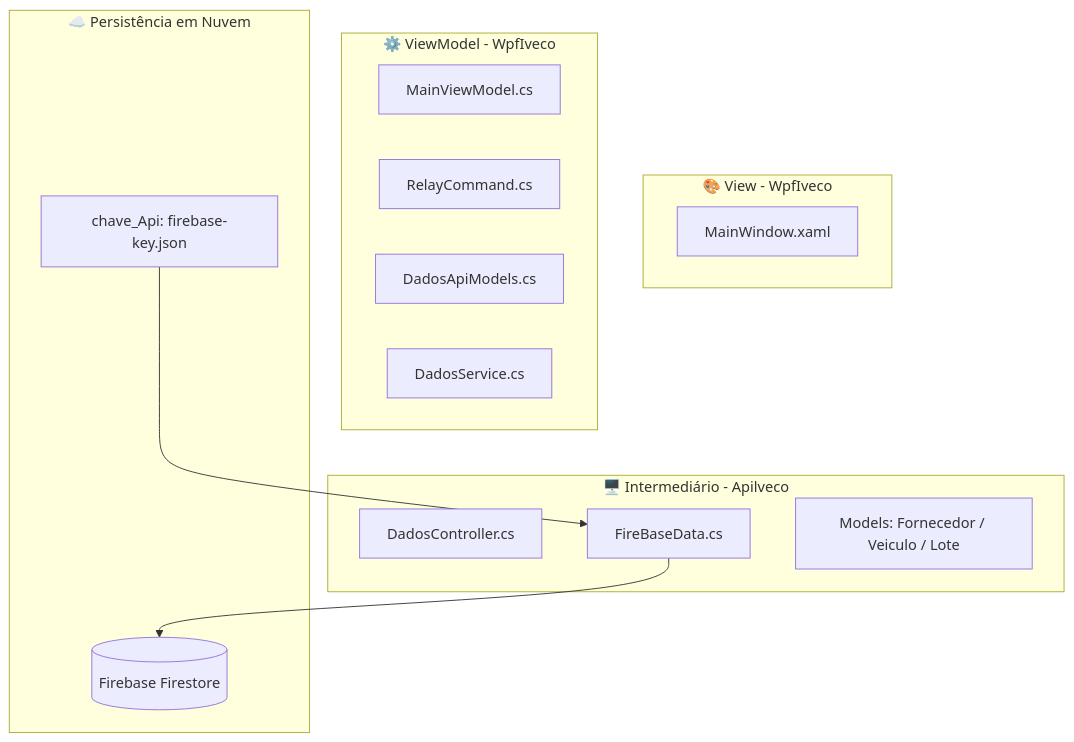
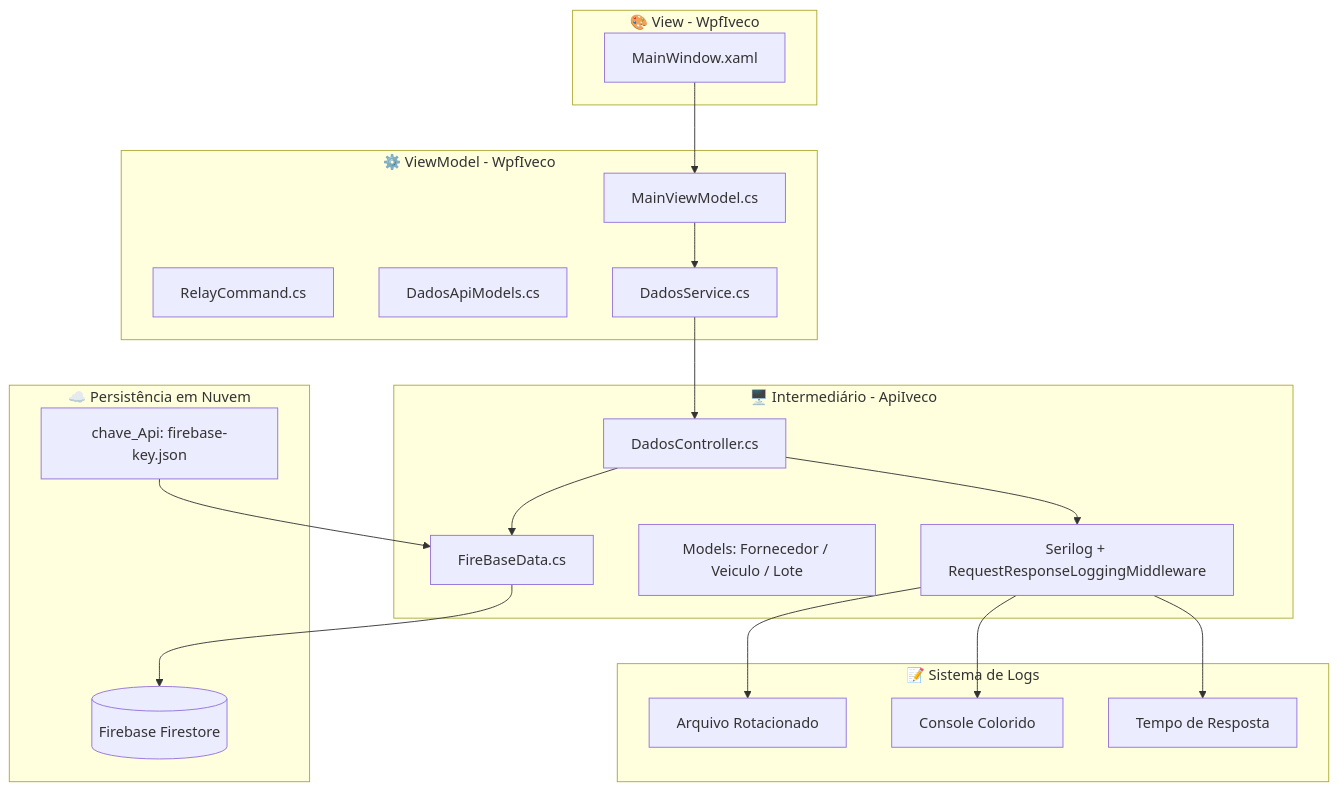
One commit to NicolasOlim/Ivec_Green_Ledger changed the first of 2 diagrams in README.md. Above: the diagram before and after it, drawn with Mermaid. The commit also changed other lines of this file, not shown here.

````diff
--- a/README.md
+++ b/README.md
@@ -94,25 +104,40 @@
 ```mermaid
 graph TD
     subgraph Camada_View [🎨 View - WpfIveco]
         MW[MainWindow.xaml]
     end
     
     subgraph Camada_ViewModel [⚙️ ViewModel - WpfIveco]
         MVM[MainViewModel.cs]
         RC[RelayCommand.cs]
         M_Wpf[DadosApiModels.cs]
         S_Wpf[DadosService.cs]
     end
     
-    subgraph Camada_BackEnd [🖥️ Intermediário - Apilveco]
+    subgraph Camada_BackEnd [🖥️ Intermediário - ApiIveco]
         CTRL[DadosController.cs]
         S_Api[FireBaseData.cs]
         Models[Models: Fornecedor / Veiculo / Lote]
+        LOGS[Serilog + RequestResponseLoggingMiddleware]
     end
 
     subgraph Camada_Data [☁️ Persistência em Nuvem]
         KEY[chave_Api: firebase-key.json] --> S_Api
         S_Api --> FS[(Firebase Firestore)]
     end
-
+    
+    subgraph Camada_Logs [📝 Sistema de Logs]
+        FILE[Arquivo Rotacionado]
+        CONSOLE[Console Colorido]
+        RESPONSE[Tempo de Resposta]
+    end
+    
+    MW --> MVM
+    MVM --> S_Wpf
+    S_Wpf --> CTRL
+    CTRL --> S_Api
+    CTRL --> LOGS
+    LOGS --> FILE
+    LOGS --> CONSOLE
+    LOGS --> RESPONSE
 ```
````
